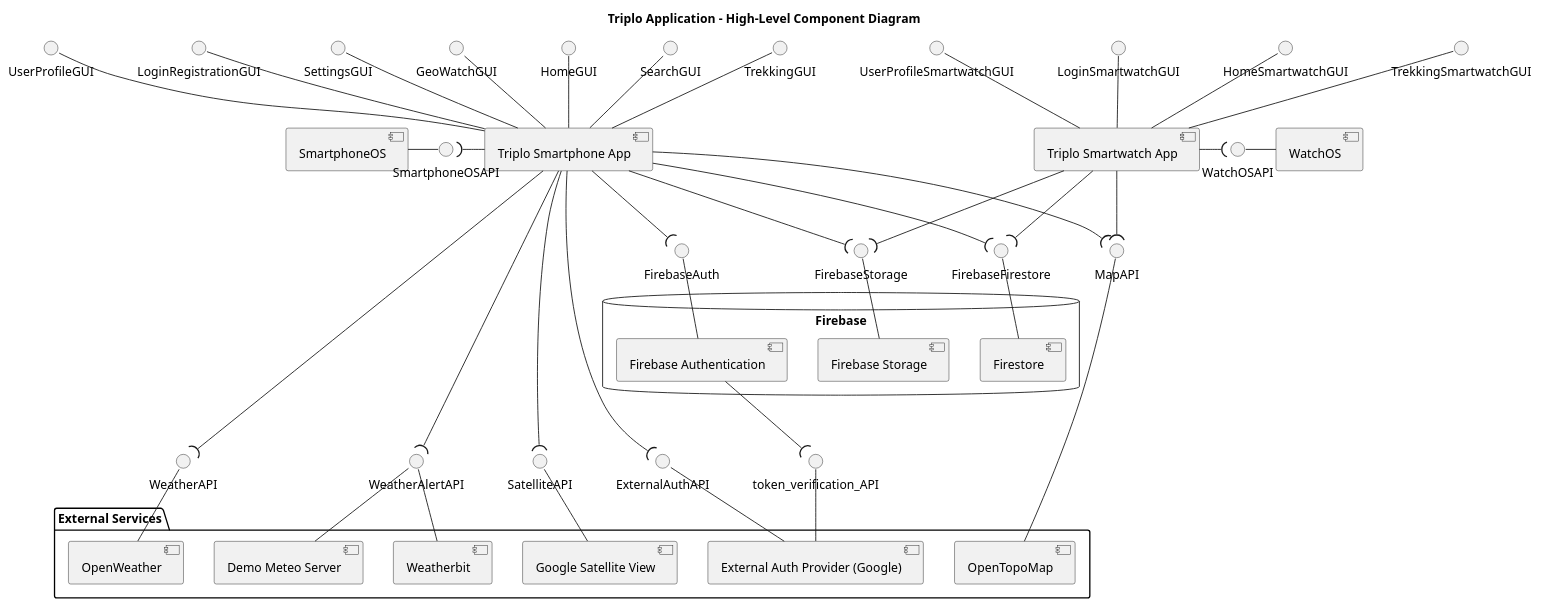
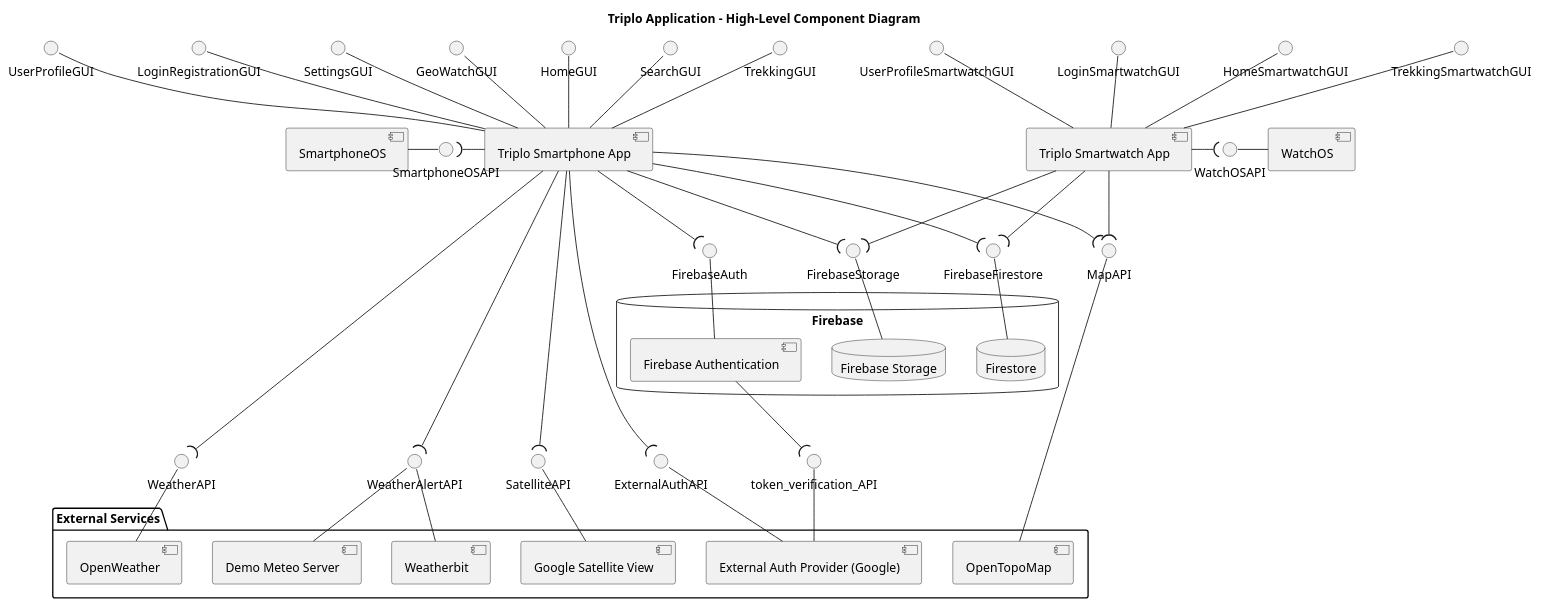
Before and after one commit to SofiaTerracciano/Triplo: the diagram in documentation/Diagrams/high level component diagram.puml, drawn with PlantUML. The commit also changed 5 other files, not shown here.

```diff
--- a/documentation/Diagrams/high level component diagram.puml
+++ b/documentation/Diagrams/high level component diagram.puml
@@ -60,8 +60,8 @@
 '========================
 database "Firebase" as FirebasePkg {
   component "Firebase Authentication" as FirebaseAuth
-  component "Firestore" as Firestore
-  component "Firebase Storage" as FirebaseStorage
+  database "Firestore" as Firestore
+  database "Firebase Storage" as FirebaseStorage
 }
 
 interface FirebaseAuth as FAuth
```
